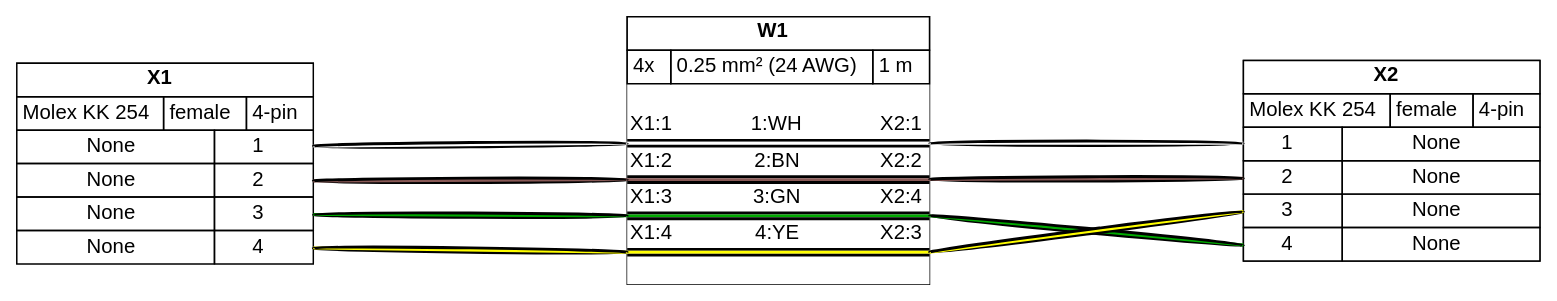
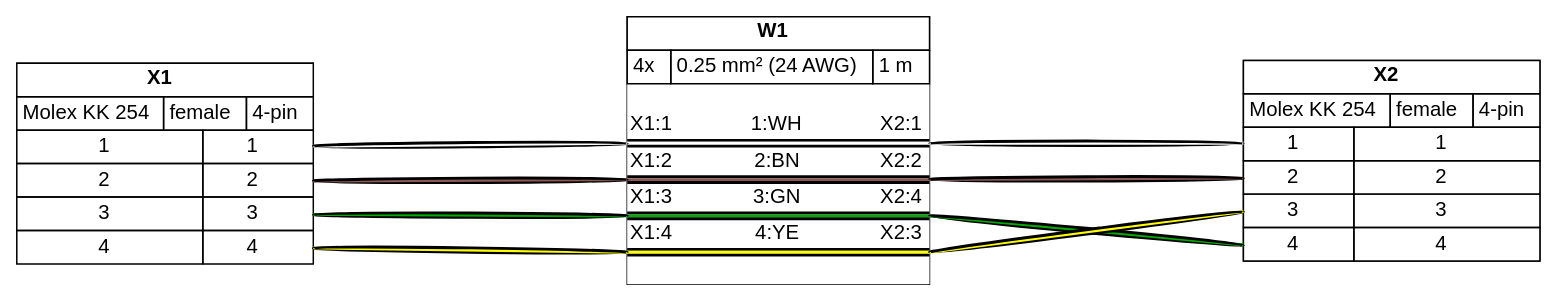
Before and after one commit to laurierloi/filare: the diagram in tutorial/tutorial02.gv, drawn with Graphviz. The commit also changed 497 other files, not shown here.

```diff
--- a/tutorial/tutorial02.gv
+++ b/tutorial/tutorial02.gv
@@ -35,19 +35,19 @@
     <td>
   <table border="0" cellborder="1" cellpadding="3" cellspacing="0">
     <tr>
-      <td colspan="2"> None </td>
+        <td colspan="2"> 1 </td>
        <td port="p1r"> 1 </td>
     </tr>
     <tr>
-      <td colspan="2"> None </td>
+        <td colspan="2"> 2 </td>
        <td port="p2r"> 2 </td>
     </tr>
     <tr>
-      <td colspan="2"> None </td>
+        <td colspan="2"> 3 </td>
        <td port="p3r"> 3 </td>
     </tr>
     <tr>
-      <td colspan="2"> None </td>
+        <td colspan="2"> 4 </td>
        <td port="p4r"> 4 </td>
     </tr>
   </table>
@@ -90,19 +90,19 @@
   <table border="0" cellborder="1" cellpadding="3" cellspacing="0">
     <tr>
         <td port="p1l"> 1 </td>
-      <td colspan="2"> None </td>
+        <td colspan="2"> 1 </td>
     </tr>
     <tr>
         <td port="p2l"> 2 </td>
-      <td colspan="2"> None </td>
+        <td colspan="2"> 2 </td>
     </tr>
     <tr>
         <td port="p3l"> 3 </td>
-      <td colspan="2"> None </td>
+        <td colspan="2"> 3 </td>
     </tr>
     <tr>
         <td port="p4l"> 4 </td>
-      <td colspan="2"> None </td>
+        <td colspan="2"> 4 </td>
     </tr>
   </table>
     </td>
```
